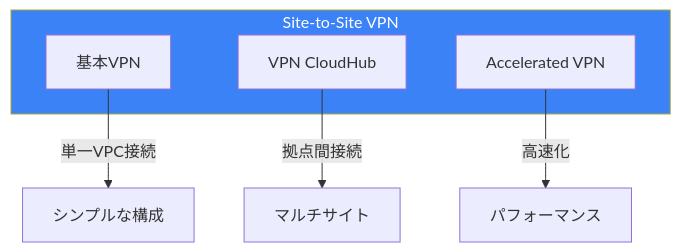
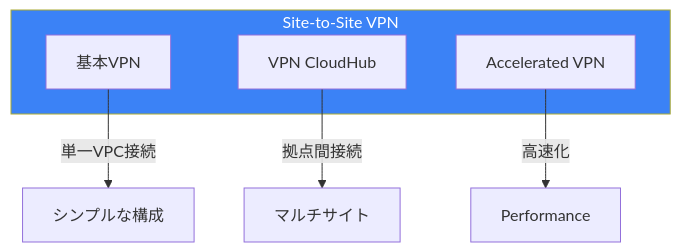
Before and after one commit to shunkus/shunku.net: diagram 12 of 12 in content/blog/ja/aws-hybrid-vpn.md, drawn with Mermaid. The commit also changed other lines of this file and 56 other files, not shown here.

````diff
--- a/content/blog/ja/aws-hybrid-vpn.md
+++ b/content/blog/ja/aws-hybrid-vpn.md
@@ -464,14 +464,14 @@
 ```mermaid
 flowchart TB
     subgraph VPN["Site-to-Site VPN"]
         Basic["基本VPN"]
         CloudHub["VPN CloudHub"]
         Accelerated["Accelerated VPN"]
     end
 
     Basic --> |"単一VPC接続"| Simple["シンプルな構成"]
     CloudHub --> |"拠点間接続"| Multi["マルチサイト"]
-    Accelerated --> |"高速化"| Performance["パフォーマンス"]
+    Accelerated --> |"高速化"| Performance["Performance"]
 
     style VPN fill:#3b82f6,color:#fff
 ```
````
